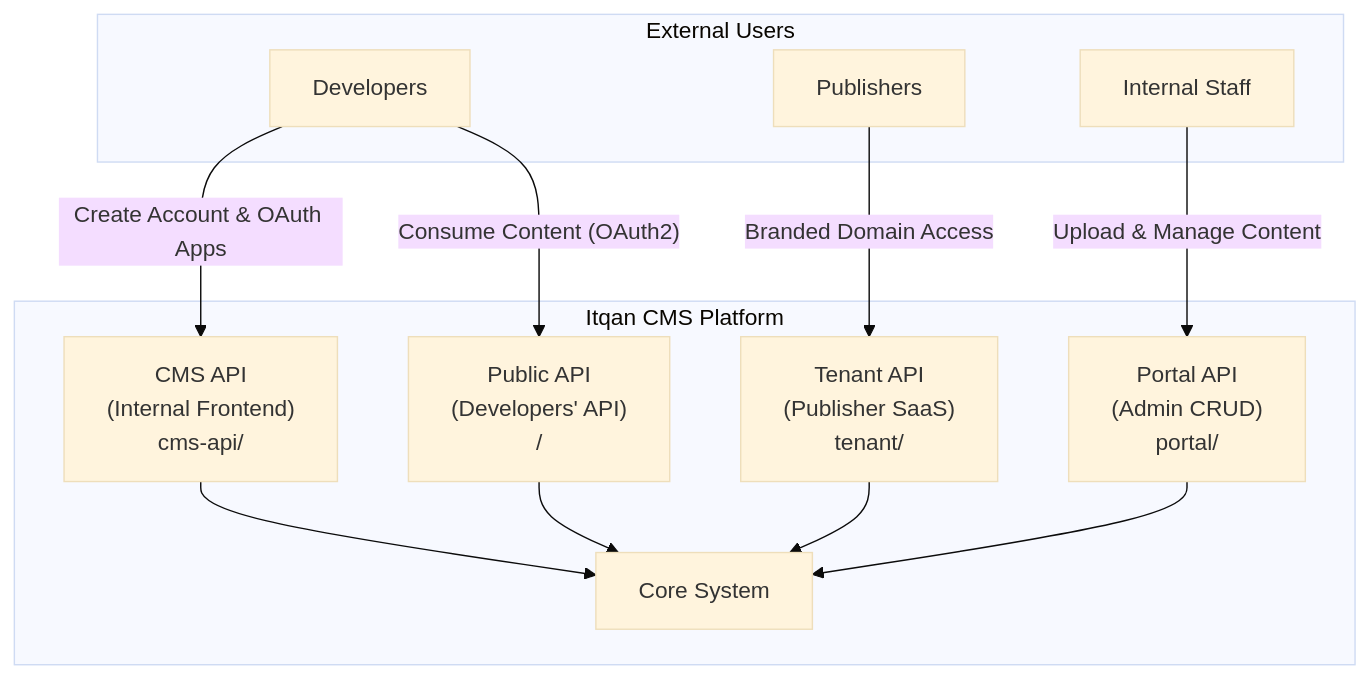
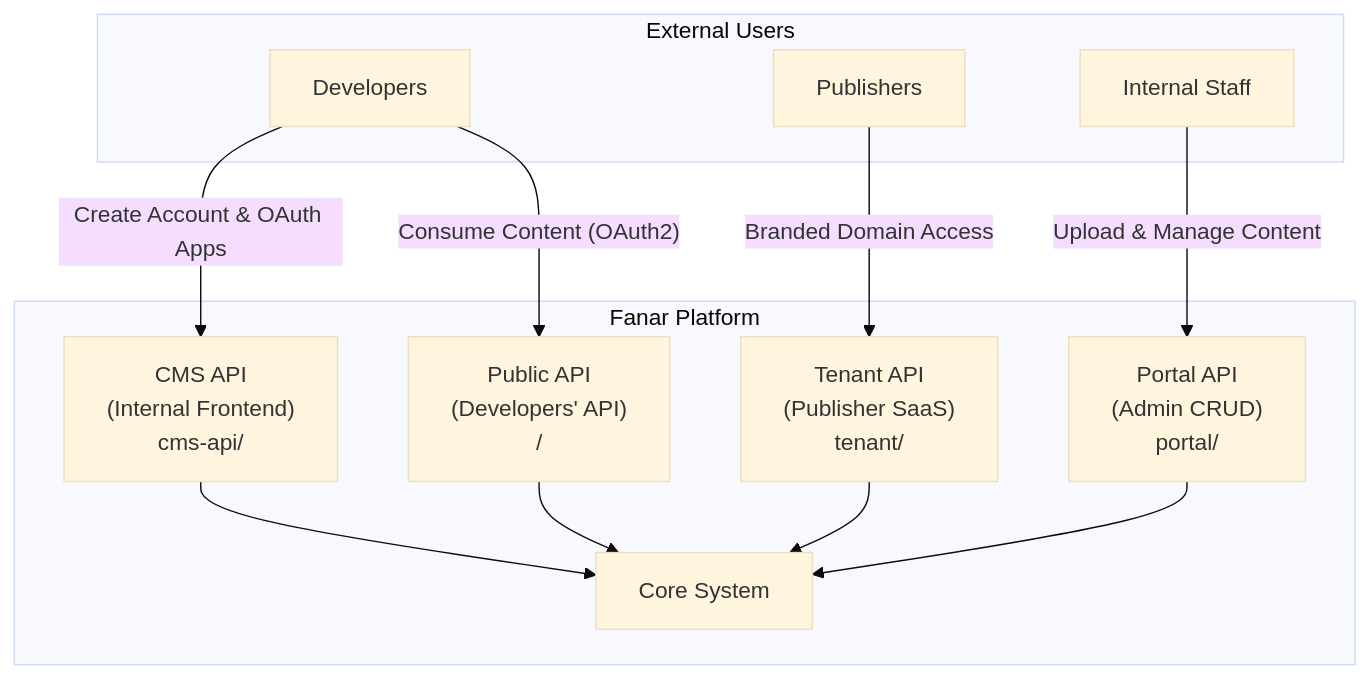
One commit to Itqan-community/cms-backend changed the first of 10 diagrams in docs/ARCHITECTURE.md. Above: the diagram before and after it, drawn with Mermaid (base theme). The commit also changed other lines of this file and 6 other files, not shown here.

Commit message:
docs(brand): rename product to Fanar in project docs and list fanar.itqan.dev

````diff
--- a/docs/ARCHITECTURE.md
+++ b/docs/ARCHITECTURE.md
@@ -11,25 +11,25 @@
 ```mermaid
 flowchart TB
     subgraph External["External Users"]
         DEV["Developers"]
         PUB["Publishers"]
         STAFF["Internal Staff"]
     end
 
-    subgraph ItqanCMS["Itqan CMS Platform"]
+    subgraph ItqanCMS["Fanar Platform"]
         CMS_API["CMS API<br/>(Internal Frontend)<br/>cms-api/"]
         DEV_API["Public API<br/>(Developers' API)<br/>/"]
         TENANT_API["Tenant API<br/>(Publisher SaaS)<br/>tenant/"]
         PORTAL_API["Portal API<br/>(Admin CRUD)<br/>portal/"]
         CORE["Core System"]
     end
 
     DEV -->|"Create Account & OAuth Apps"| CMS_API
     DEV -->|"Consume Content (OAuth2)"| DEV_API
     PUB -->|"Branded Domain Access"| TENANT_API
     STAFF -->|"Upload & Manage Content"| PORTAL_API
     CMS_API --> CORE
     DEV_API --> CORE
     TENANT_API --> CORE
     PORTAL_API --> CORE
 ```
````
